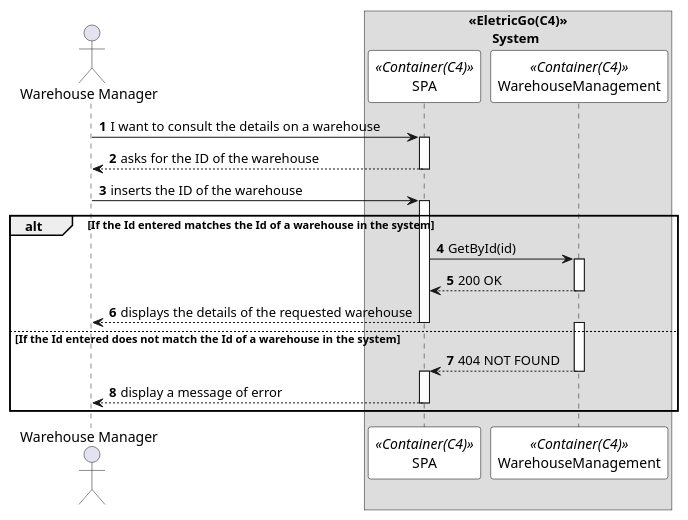
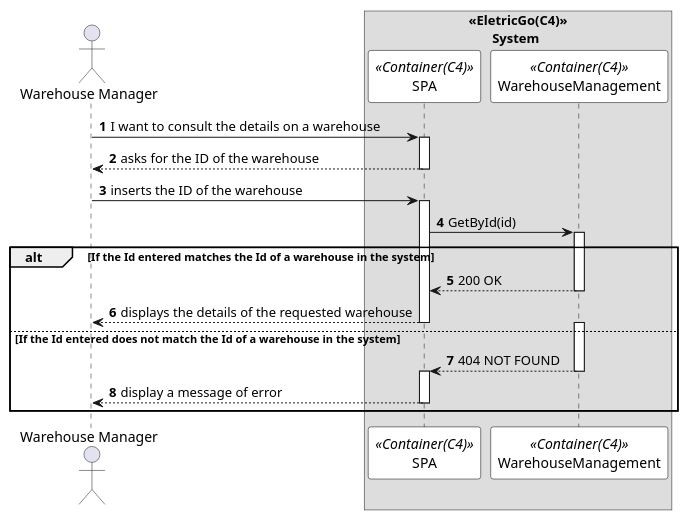
The diagram in Documents/1200720/.puml/readWarehouseSD.puml (0franciscor/dei_3dj_057), drawn with PlantUML before and after one commit. The commit also changed 4 other files, not shown here.

Commit message:
#36 - Diagrama de sequencia do caso de uso de ler informação sobre um armazém

```diff
--- a/Documents/1200720/.puml/readWarehouseSD.puml
+++ b/Documents/1200720/.puml/readWarehouseSD.puml
@@ -1,42 +1,41 @@
 @startuml 
 autonumber
 
 skinparam sequence {
 ParticipantBorderColor black
 ParticipantBackgroundColor white
 }
 
 actor "Warehouse Manager" as admin
 box "<<EletricGo(C4)>>\n       System"
 participant SPA as system <<Container(C4)>>
 participant WarehouseManagement as  WM <<Container(C4)>>
 end box
 
 admin -> system: I want to consult the details on a warehouse
 activate system
 
 system --> admin: asks for the ID of the warehouse
 deactivate system
 
 admin -> system: inserts the ID of the warehouse
 activate system
-
+system -> WM : GetById(id)
 alt If the Id entered matches the Id of a warehouse in the system
-system -> WM : GetById(id)
 activate WM
 WM --> system : 200 OK 
 deactivate WM 
 system --> admin: displays the details of the requested warehouse
 deactivate system
 
 else If the Id entered does not match the Id of a warehouse in the system
 activate WM
 WM --> system : 404 NOT FOUND
 deactivate WM 
 activate system
 system --> admin : display a message of error   
 deactivate system
 end
 deactivate admin
 
 @enduml
```
